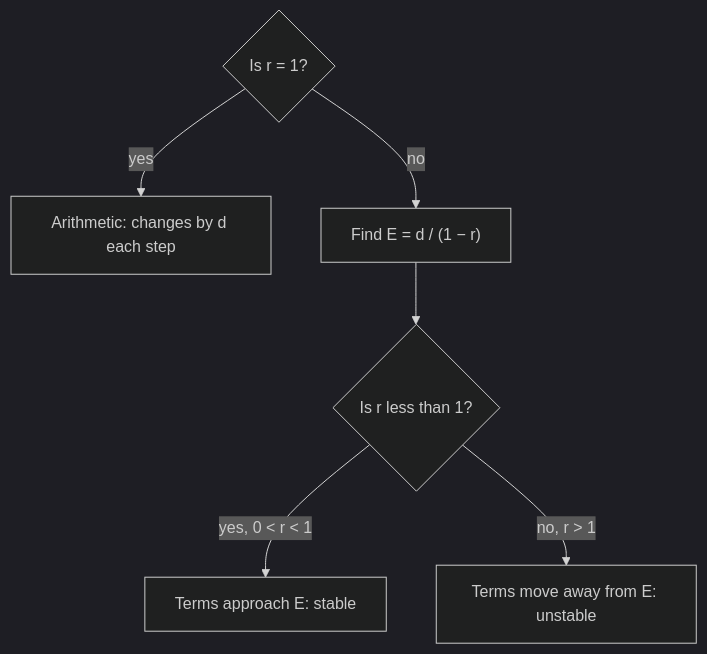
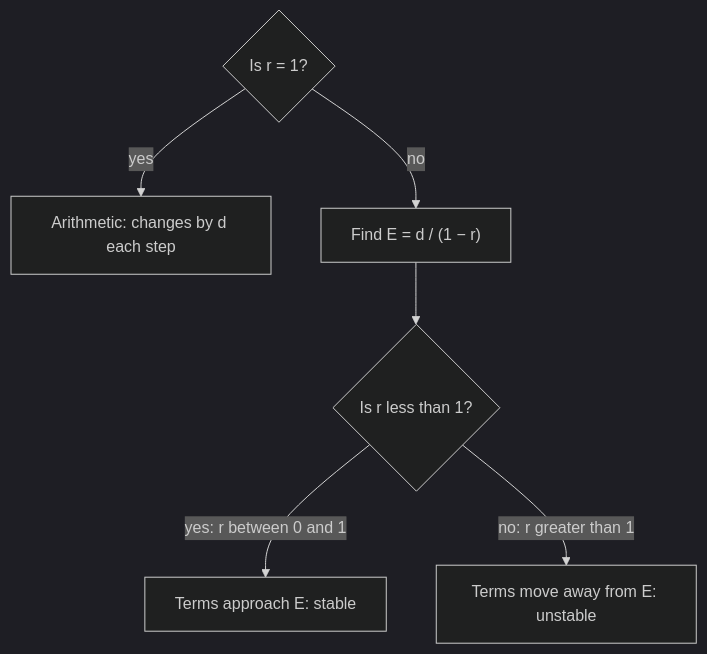
One commit to Aziliz/erudior changed the diagram in content/math/algebra1/lessons/93-recursive-models.md. Above: the diagram before and after it, drawn with Mermaid (dark theme). The commit also changed 102 other files, not shown here.

````diff
--- a/content/math/algebra1/lessons/93-recursive-models.md
+++ b/content/math/algebra1/lessons/93-recursive-models.md
@@ -90,10 +90,10 @@
 ```mermaid
 flowchart TD
   accTitle: Long-run behavior of the rule a sub n equals r times a sub n minus 1 plus d, with r positive
   accDescr: If r equals 1, the rule is arithmetic and the terms change by d forever, with no equilibrium unless d is 0. If r is not 1, find the equilibrium E equals d divided by 1 minus r. If r is between 0 and 1, the terms approach E from any start: a stable equilibrium. If r is greater than 1, the terms move away from E unless they start exactly at E: an unstable equilibrium.
   A{"Is r = 1?"} -- yes --> B["Arithmetic: changes by d each step"]
   A -- no --> C["Find E = d / (1 − r)"]
   C --> D{"Is r less than 1?"}
-  D -- "yes, 0 < r < 1" --> F["Terms approach E: stable"]
-  D -- "no, r > 1" --> G["Terms move away from E: unstable"]
+  D -- "yes: r between 0 and 1" --> F["Terms approach E: stable"]
+  D -- "no: r greater than 1" --> G["Terms move away from E: unstable"]
 ```
````
